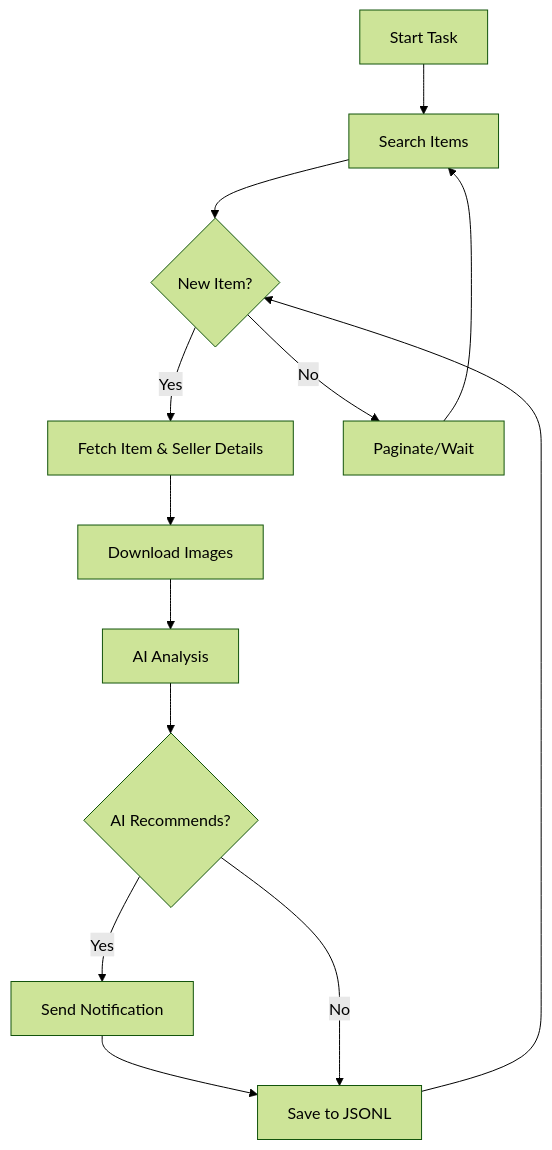
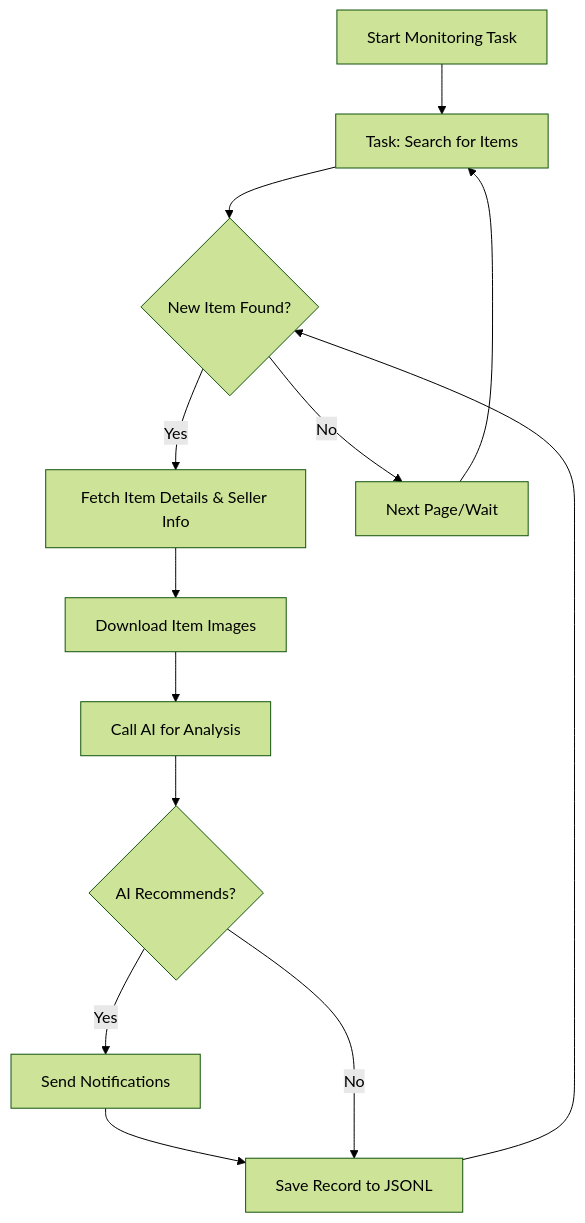
Before and after one commit to saurav-z/repo-docs: the diagram in docs/dingyufei615-ai-goofish-monitor.md, drawn with Mermaid (forest theme). The commit also changed other lines of this file and 212 other files, not shown here.

````diff
--- a/docs/dingyufei615-ai-goofish-monitor.md
+++ b/docs/dingyufei615-ai-goofish-monitor.md
@@ -124,15 +196,15 @@
 ```mermaid
 graph TD
-    A[Start Task] --> B[Search Items];
-    B --> C{New Item?};
-    C -- Yes --> D[Fetch Item & Seller Details];
-    D --> E[Download Images];
-    E --> F[AI Analysis];
+    A[Start Monitoring Task] --> B[Task: Search for Items];
+    B --> C{New Item Found?};
+    C -- Yes --> D[Fetch Item Details & Seller Info];
+    D --> E[Download Item Images];
+    E --> F[Call AI for Analysis];
     F --> G{AI Recommends?};
-    G -- Yes --> H[Send Notification];
-    H --> I[Save to JSONL];
+    G -- Yes --> H[Send Notifications];
+    H --> I[Save Record to JSONL];
     G -- No --> I;
-    C -- No --> J[Paginate/Wait];
+    C -- No --> J[Next Page/Wait];
     J --> B;
     I --> C;
 ```
````
